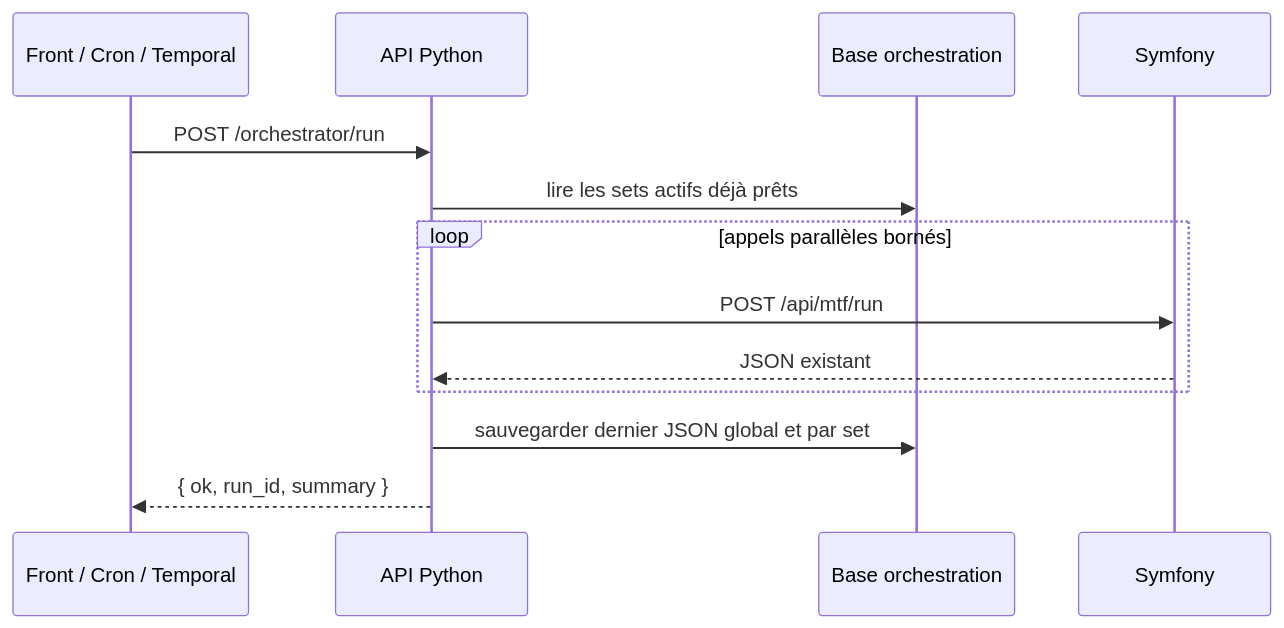
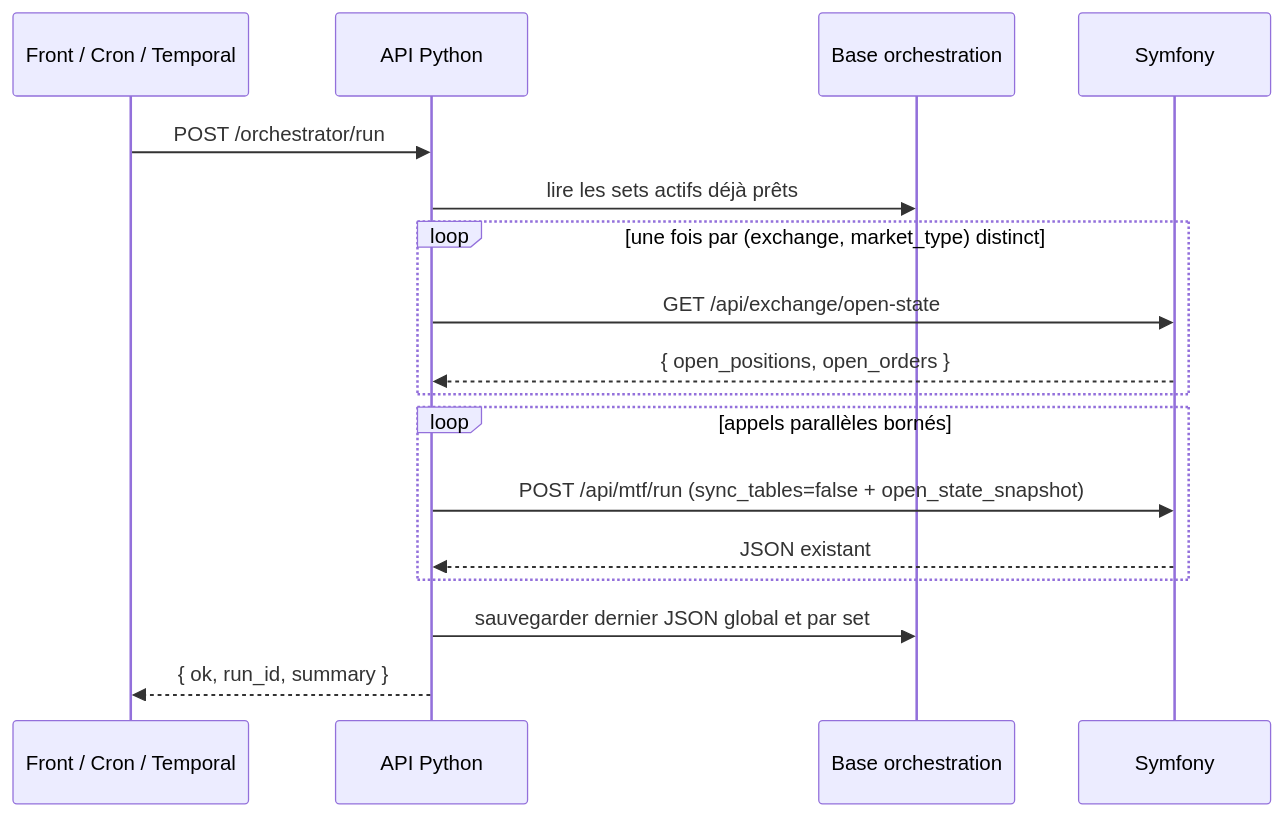
One commit to pivox/tradingV3 changed the first of 2 diagrams in docs/handbook/technical/python-orchestrator.md. Above: the diagram before and after it, drawn with Mermaid. The commit also changed other lines of this file and 32 other files, not shown here.

First line of the commit message:
feat(SF-002b): orchestrator open-state snapshot (no exchange call per set) (#162)

````diff
--- a/docs/handbook/technical/python-orchestrator.md
+++ b/docs/handbook/technical/python-orchestrator.md
@@ -34,16 +34,20 @@
 ```mermaid
 sequenceDiagram
     participant Trigger as Front / Cron / Temporal
     participant Python as API Python
     participant Db as Base orchestration
     participant Symfony as Symfony
 
     Trigger->>Python: POST /orchestrator/run
     Python->>Db: lire les sets actifs déjà prêts
+    loop une fois par (exchange, market_type) distinct
+        Python->>Symfony: GET /api/exchange/open-state
+        Symfony-->>Python: { open_positions, open_orders }
+    end
     loop appels parallèles bornés
-        Python->>Symfony: POST /api/mtf/run
+        Python->>Symfony: POST /api/mtf/run (sync_tables=false + open_state_snapshot)
         Symfony-->>Python: JSON existant
     end
     Python->>Db: sauvegarder dernier JSON global et par set
     Python-->>Trigger: { ok, run_id, summary }
 ```
````
